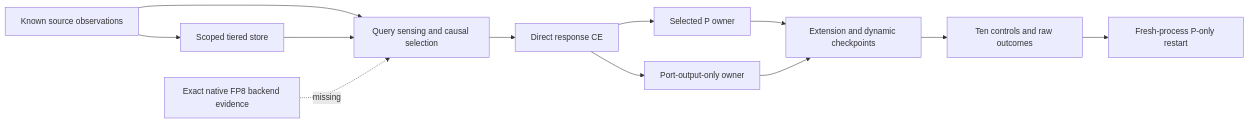
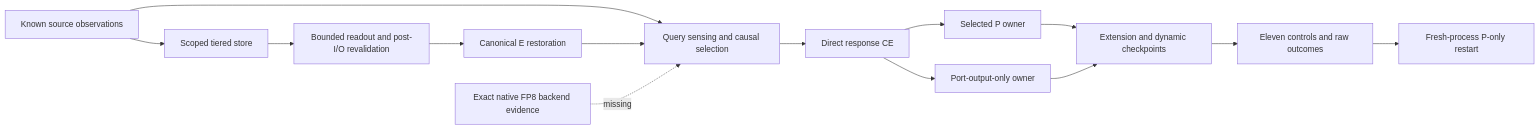
One commit to BaiTian6641/replica_r3_starter changed the diagram in docs/architecture/28_Spark_Persistent_Learner_and_Tiered_Memory.md. Above: the diagram before and after it, drawn with Mermaid. The commit also changed other lines of this file and 28 other files, not shown here.

````diff
--- a/docs/architecture/28_Spark_Persistent_Learner_and_Tiered_Memory.md
+++ b/docs/architecture/28_Spark_Persistent_Learner_and_Tiered_Memory.md
@@ -355,14 +399,16 @@
 ```mermaid
 flowchart LR
   A[Known source observations] --> B[Scoped tiered store]
   A --> C[Query sensing and causal selection]
-  B --> C
+  B --> R[Bounded readout and post-I/O revalidation]
+  R --> K[Canonical E restoration]
+  K --> C
   C --> D[Direct response CE]
   D --> E[Selected P owner]
   D --> F[Port-output-only owner]
   E --> G[Extension and dynamic checkpoints]
   F --> G
-  G --> H[Ten controls and raw outcomes]
+  G --> H[Eleven controls and raw outcomes]
   H --> I[Fresh-process P-only restart]
   J[Exact native FP8 backend evidence] -. missing .-> C
 ```
````
